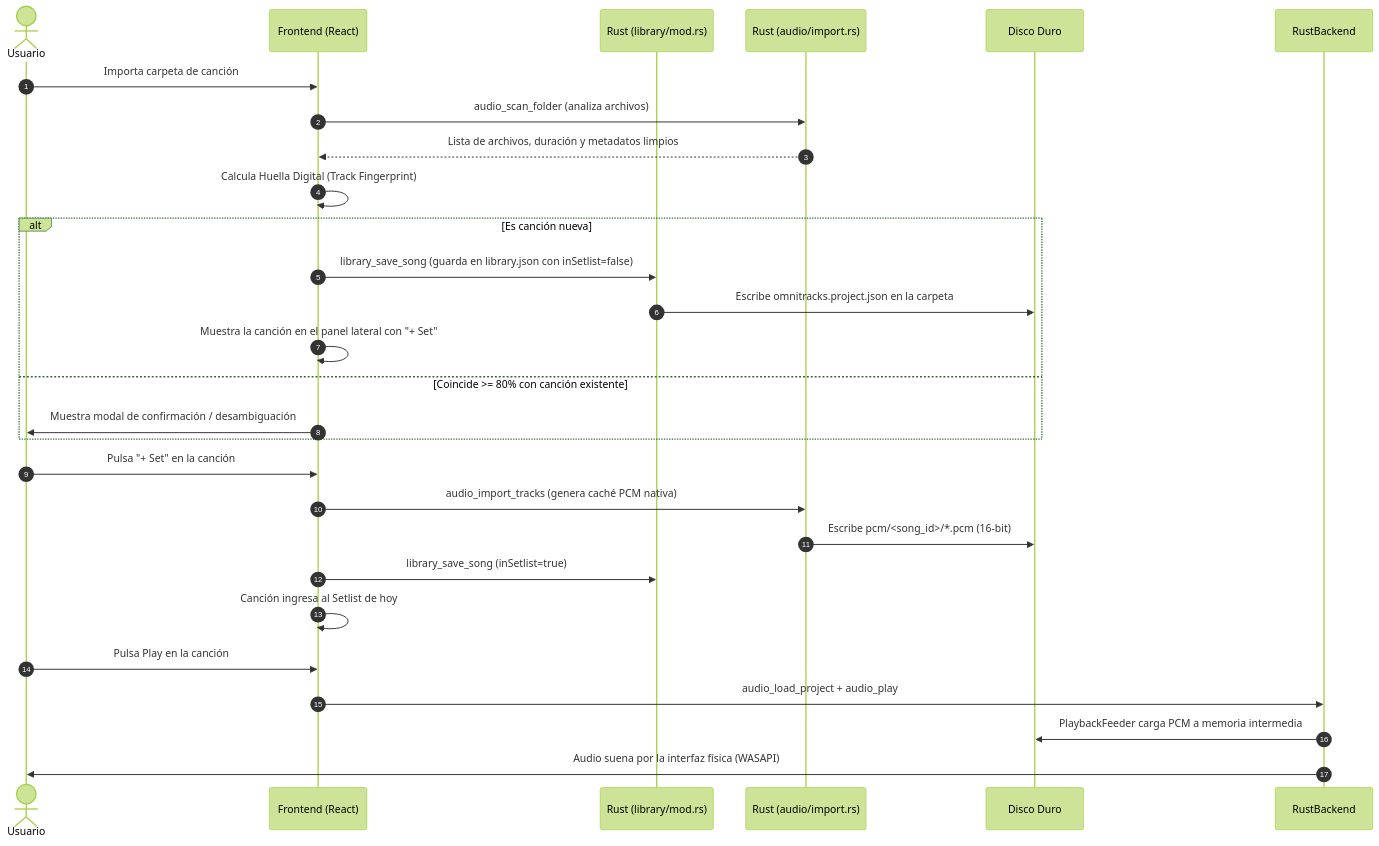
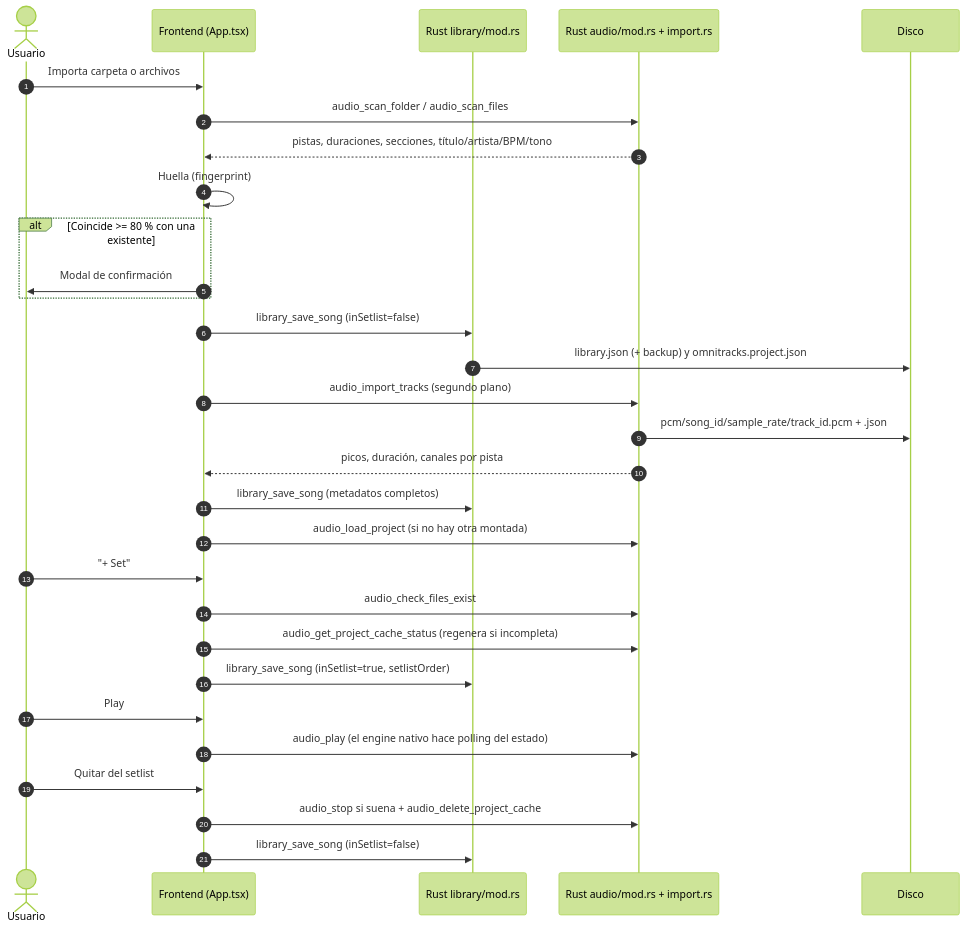
Before and after one commit to jnaguinix/multitrack-google: the second of 2 diagrams in Manual.md, drawn with Mermaid (forest theme). The commit also changed other lines of this file and 3 other files, not shown here.

Commit message:
docs: upgrade de manuales - revisar y alinear instrucciones.md, Manual.md, desktop/README.md y MOTOR_NATIVO_DISENO.md con el codigo

````diff
--- a/Manual.md
+++ b/Manual.md
@@ -151,32 +142,36 @@
 ```mermaid
 sequenceDiagram
     autonumber
-    actor Usuario
-    participant UI as Frontend (React)
-    participant RustLib as Rust (library/mod.rs)
-    participant RustImport as Rust (audio/import.rs)
-    participant Disk as Disco Duro
+    actor U as Usuario
+    participant UI as Frontend (App.tsx)
+    participant Lib as Rust library/mod.rs
+    participant Aud as Rust audio/mod.rs + import.rs
+    participant Disk as Disco
 
-    Usuario->>UI: Importa carpeta de canción
-    UI->>RustImport: audio_scan_folder (analiza archivos)
-    RustImport-->>UI: Lista de archivos, duración y metadatos limpios
-    UI->>UI: Calcula Huella Digital (Track Fingerprint)
-    alt Es canción nueva
-        UI->>RustLib: library_save_song (guarda en library.json con inSetlist=false)
-        RustLib->>Disk: Escribe omnitracks.project.json en la carpeta
-        UI->>UI: Muestra la canción en el panel lateral con "+ Set"
-    else Coincide >= 80% con canción existente
-        UI->>Usuario: Muestra modal de confirmación / desambiguación
+    U->>UI: Importa carpeta o archivos
+    UI->>Aud: audio_scan_folder / audio_scan_files
+    Aud-->>UI: pistas, duraciones, secciones, título/artista/BPM/tono
+    UI->>UI: Huella (fingerprint)
+    alt Coincide >= 80 % con una existente
+        UI->>U: Modal de confirmación
     end
+    UI->>Lib: library_save_song (inSetlist=false)
+    Lib->>Disk: library.json (+ backup) y omnitracks.project.json
+    UI->>Aud: audio_import_tracks (segundo plano)
+    Aud->>Disk: pcm/song_id/sample_rate/track_id.pcm + .json
+    Aud-->>UI: picos, duración, canales por pista
+    UI->>Lib: library_save_song (metadatos completos)
+    UI->>Aud: audio_load_project (si no hay otra montada)
 
-    Usuario->>UI: Pulsa "+ Set" en la canción
-    UI->>RustImport: audio_import_tracks (genera caché PCM nativa)
-    RustImport->>Disk: Escribe pcm/<song_id>/*.pcm (16-bit)
-    UI->>RustLib: library_save_song (inSetlist=true)
-    UI->>UI: Canción ingresa al Setlist de hoy
+    U->>UI: "+ Set"
+    UI->>Aud: audio_check_files_exist
+    UI->>Aud: audio_get_project_cache_status (regenera si incompleta)
+    UI->>Lib: library_save_song (inSetlist=true, setlistOrder)
 
-    Usuario->>UI: Pulsa Play en la canción
-    UI->>RustBackend: audio_load_project + audio_play
-    RustBackend->>Disk: PlaybackFeeder carga PCM a memoria intermedia
-    RustBackend->>Usuario: Audio suena por la interfaz física (WASAPI)
+    U->>UI: Play
+    UI->>Aud: audio_play (el engine nativo hace polling del estado)
+
+    U->>UI: Quitar del setlist
+    UI->>Aud: audio_stop si suena + audio_delete_project_cache
+    UI->>Lib: library_save_song (inSetlist=false)
 ```
````
